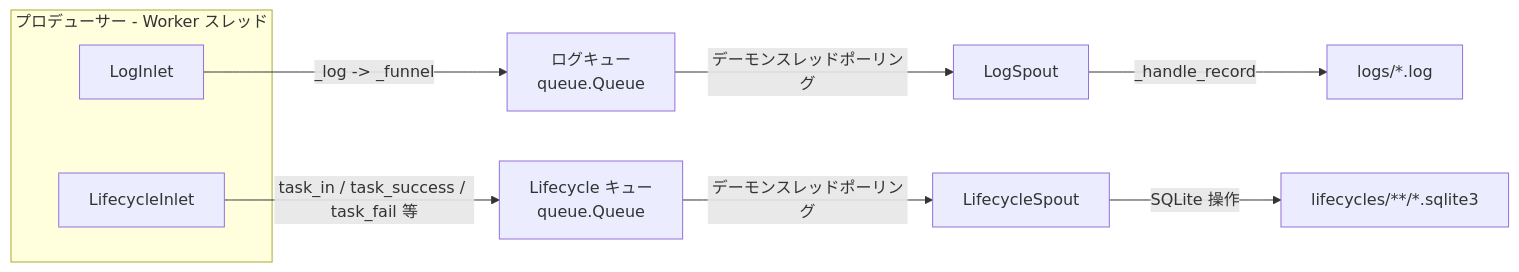
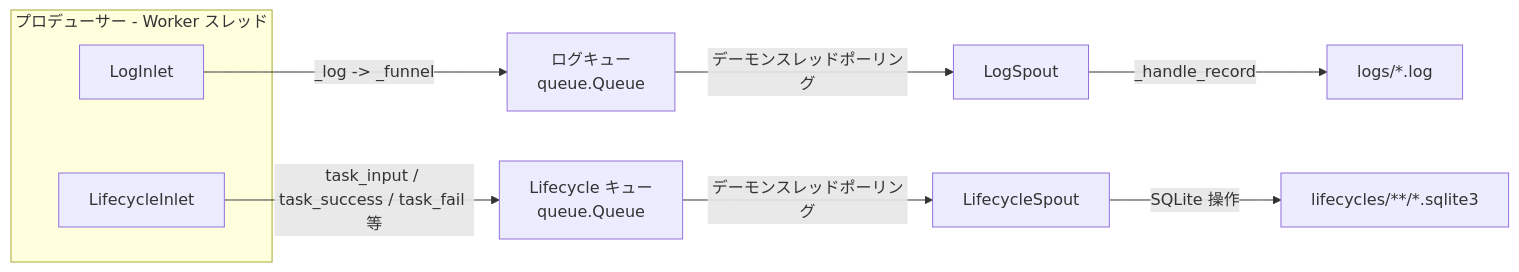
Before and after one commit to Mr-xiaotian/CelestialFlow: the diagram in docs/ja/src/persistence/__init__.md, drawn with Mermaid. The commit also changed other lines of this file and 181 other files, not shown here.

````diff
--- a/docs/ja/src/persistence/__init__.md
+++ b/docs/ja/src/persistence/__init__.md
@@ -79,16 +79,16 @@
 ```mermaid
 flowchart LR
     subgraph Producer[プロデューサー - Worker スレッド]
         LogInlet[LogInlet]
         LifecycleInlet[LifecycleInlet]
     end
 
     LogInlet -->|_log -> _funnel| LogQueue[ログキュー<br/>queue.Queue]
-    LifecycleInlet -->|task_in / task_success / task_fail 等| LifecycleQueue[Lifecycle キュー<br/>queue.Queue]
+    LifecycleInlet -->|task_input / task_success / task_fail 等| LifecycleQueue[Lifecycle キュー<br/>queue.Queue]
 
     LogQueue -->|デーモンスレッドポーリング| LogSpout[LogSpout]
     LifecycleQueue -->|デーモンスレッドポーリング| LifecycleSpout[LifecycleSpout]
 
     LogSpout -->|_handle_record| LogFile[logs/*.log]
     LifecycleSpout -->|SQLite 操作| SQLiteFile[lifecycles/**/*.sqlite3]
 ```
````
